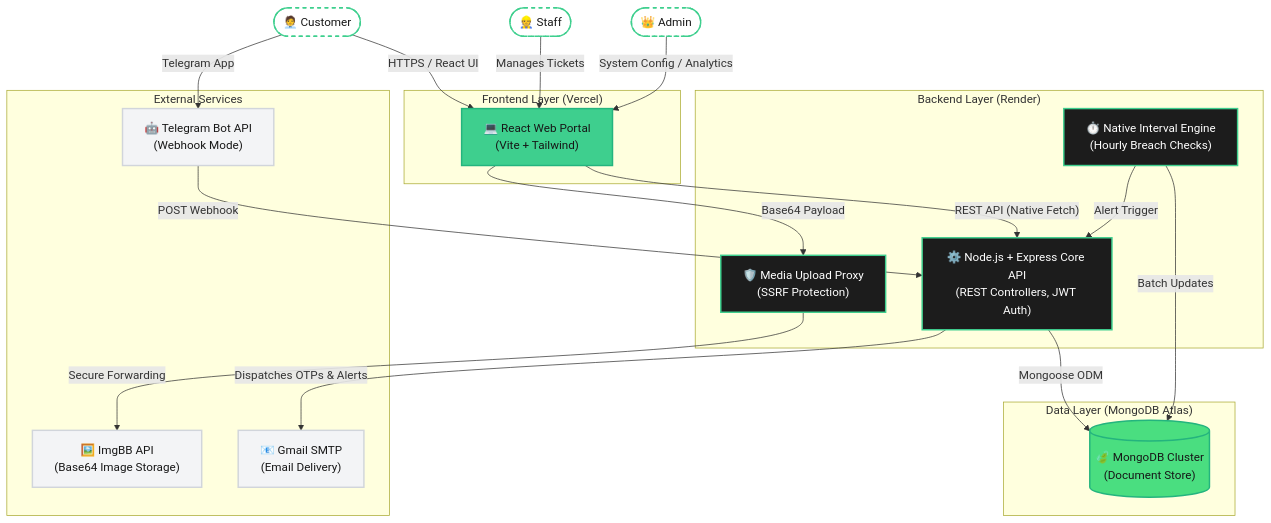
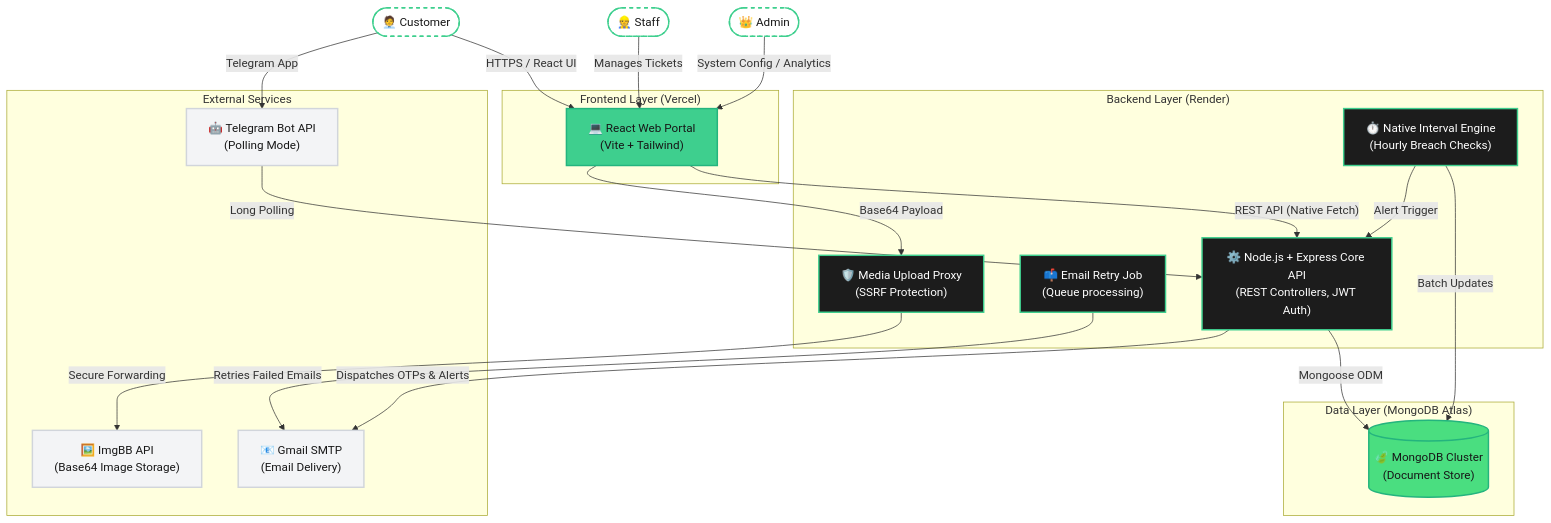
The first of 3 diagrams in docs/architecture.md (NotArsal/Solar-Customer-Grievance-Management-System), drawn with Mermaid before and after one commit. The commit also changed other lines of this file and 4 other files, not shown here.

````diff
--- a/docs/architecture.md
+++ b/docs/architecture.md
@@ -11,54 +11,56 @@
 ```mermaid
 graph TD
     %% Define Styles
     classDef frontend fill:#3ecf8e,stroke:#24b47e,stroke-width:2px,color:#171717;
     classDef backend fill:#1c1c1c,stroke:#3ecf8e,stroke-width:2px,color:#ffffff;
     classDef database fill:#4ade80,stroke:#24b47e,stroke-width:2px,color:#171717;
     classDef external fill:#f3f4f6,stroke:#d1d5db,stroke-width:2px,color:#171717;
     classDef user fill:#ffffff,stroke:#3ecf8e,stroke-width:2px,color:#171717,stroke-dasharray: 5 5;
 
     %% Actors
     Customer(["🧑‍💼 Customer"]):::user
     Staff(["👷 Staff"]):::user
     Admin(["👑 Admin"]):::user
 
     %% Frontend Layer
     subgraph Frontend ["Frontend Layer (Vercel)"]
         WebPortal["💻 React Web Portal<br/>(Vite + Tailwind)"]:::frontend
     end
 
     %% External Interfaces
     subgraph External ["External Services"]
-        TelegramBot["🤖 Telegram Bot API<br/>(Webhook Mode)"]:::external
+        TelegramBot["🤖 Telegram Bot API<br/>(Polling Mode)"]:::external
         ImgBB["🖼️ ImgBB API<br/>(Base64 Image Storage)"]:::external
         Nodemailer["📧 Gmail SMTP<br/>(Email Delivery)"]:::external
     end
 
     %% Backend Layer
     subgraph Backend ["Backend Layer (Render)"]
         NodeAPI["⚙️ Node.js + Express Core API<br/>(REST Controllers, JWT Auth)"]:::backend
         SLAEngine["⏱️ Native Interval Engine<br/>(Hourly Breach Checks)"]:::backend
+        EmailQueue["📫 Email Retry Job<br/>(Queue processing)"]:::backend
         UploadProxy["🛡️ Media Upload Proxy<br/>(SSRF Protection)"]:::backend
     end
 
     %% Data Layer
     subgraph Data ["Data Layer (MongoDB Atlas)"]
         MongoDB[("🍃 MongoDB Cluster<br/>(Document Store)")]:::database
     end
 
     %% Relationships
     Customer -- "HTTPS / React UI" --> WebPortal
     Customer -- "Telegram App" --> TelegramBot
     Staff -- "Manages Tickets" --> WebPortal
     Admin -- "System Config / Analytics" --> WebPortal
 
     WebPortal -- "REST API (Native Fetch)" --> NodeAPI
     WebPortal -- "Base64 Payload" --> UploadProxy
-    TelegramBot -- "POST Webhook" --> NodeAPI
+    TelegramBot -- "Long Polling" --> NodeAPI
+    EmailQueue -- "Retries Failed Emails" --> Nodemailer
 
     UploadProxy -- "Secure Forwarding" --> ImgBB
     NodeAPI -- "Dispatches OTPs & Alerts" --> Nodemailer
     NodeAPI -- "Mongoose ODM" --> MongoDB
     SLAEngine -- "Batch Updates" --> MongoDB
     SLAEngine -- "Alert Trigger" --> NodeAPI
 ```
````
